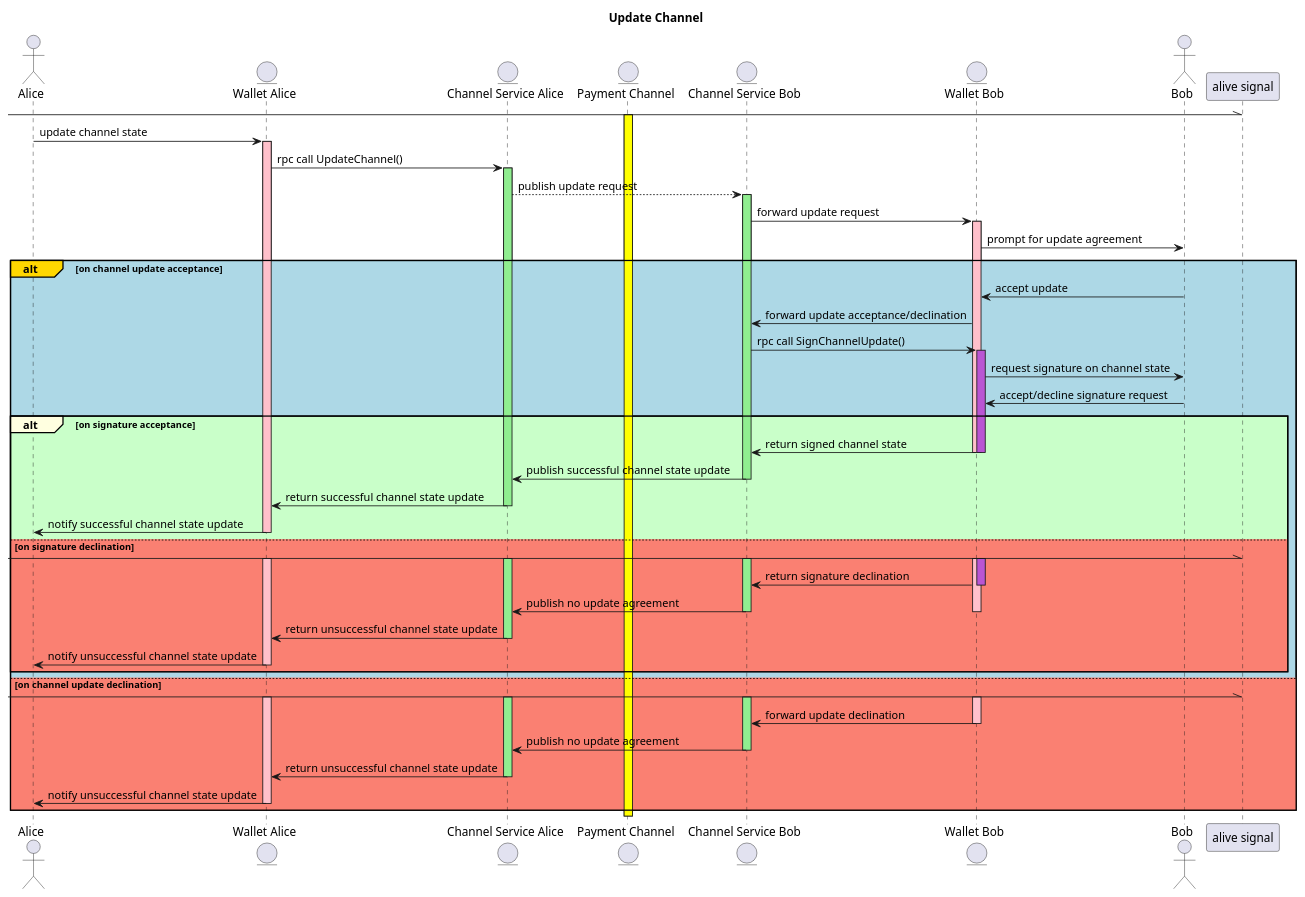
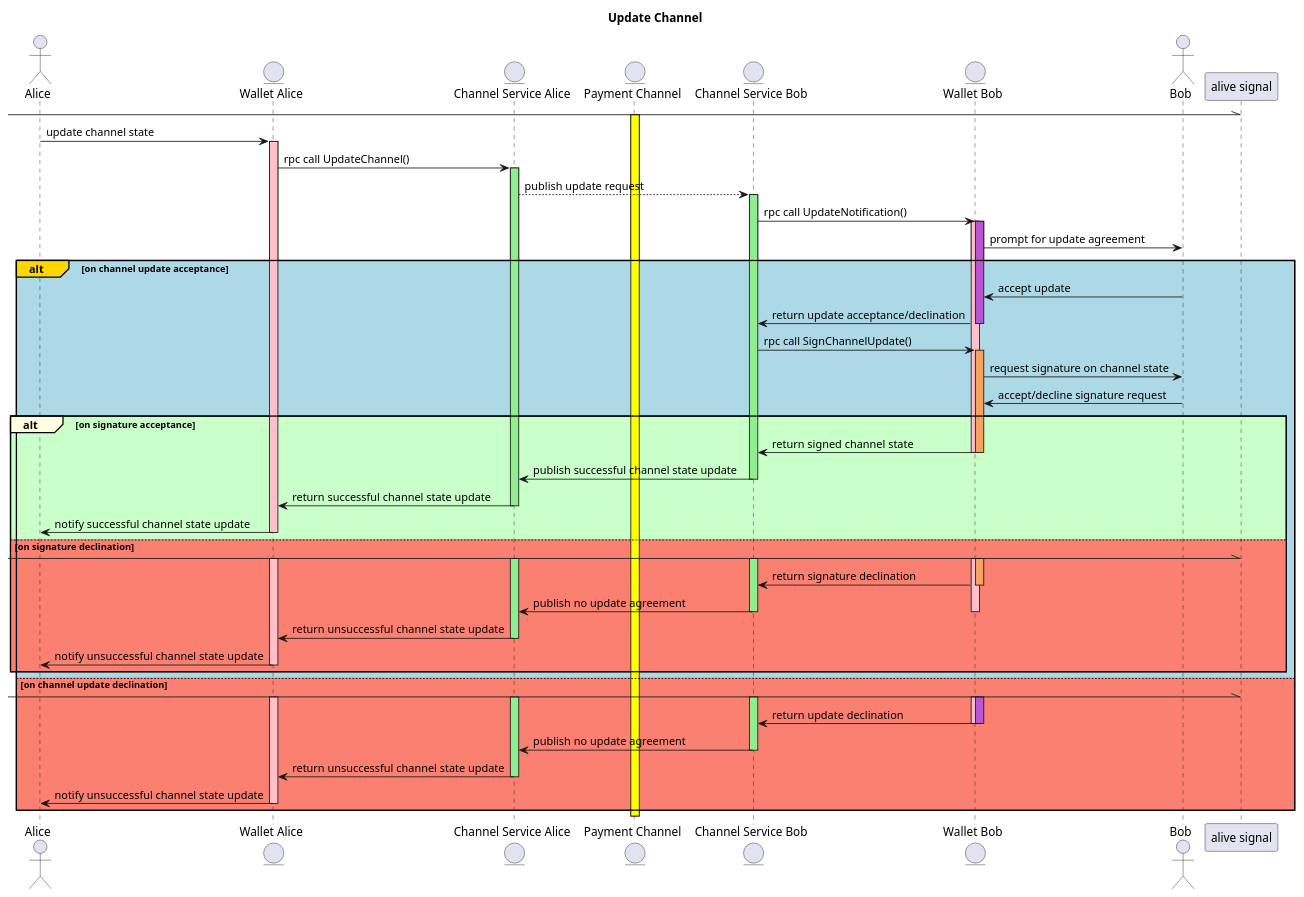
Before and after one commit to perun-network/perun-wallet-spec: the diagram in src/sequence-update.pu, drawn with PlantUML.

Commit message:
sequence: Update naming for rpc call lifelines

```diff
--- a/src/sequence-update.pu
+++ b/src/sequence-update.pu
@@ -1,76 +1,80 @@
 @startuml
 actor Alice as A
 entity "Wallet Alice" as WA
 entity "Channel Service Alice" as CSA
 entity "Payment Channel" as PC
 entity "Channel Service Bob" as CSB
 entity "Wallet Bob" as WB
 actor Bob as B
 
 title Update Channel
 
 [-\\ "alive signal"
 activate PC #yellow
 A -> WA : update channel state
 activate WA #pink
 WA -> CSA : rpc call UpdateChannel()
 activate CSA #lightgreen
 CSA --> CSB : publish update request
 activate CSB #lightgreen
-CSB -> WB : forward update request
+CSB -> WB : rpc call UpdateNotification()
 activate WB #pink
+activate WB #mediumorchid
 WB -> B : prompt for update agreement
 
 alt#gold #lightblue on channel update acceptance
   B -> WB : accept update
-  WB -> CSB : forward update acceptance/declination
+  WB -> CSB : return update acceptance/declination
+  deactivate WB
   CSB -> WB : rpc call SignChannelUpdate()
-  activate WB #mediumorchid
+  activate WB #sandybrown
   WB -> B : request signature on channel state
   B -> WB : accept/decline signature request
   alt#lightyellow #technology  on signature acceptance
     WB -> CSB : return signed channel state
     deactivate WB
     deactivate WB
     CSB -> CSA : publish successful channel state update
     deactivate CSB
     CSA -> WA : return successful channel state update
     deactivate CSA
     WA -> A : notify successful channel state update
     deactivate WA
   else #salmon on signature declination
     [-\\ "alive signal"
     activate WB #pink
-    activate WB #mediumorchid
+    activate WB #sandybrown
     activate WA #pink
     activate CSB #lightgreen
     activate CSA #lightgreen
     WB -> CSB : return signature declination
     deactivate WB
     CSB -> CSA : publish no update agreement
     deactivate CSB
     deactivate WB
     CSA -> WA : return unsuccessful channel state update
     deactivate CSA
     WA -> A : notify unsuccessful channel state update
     deactivate WA
   end
 else #salmon on channel update declination
   [-\\ "alive signal"
   activate WB #pink
+  activate WB #mediumorchid
   activate WA #pink
   activate CSB #lightgreen
   activate CSA #lightgreen
-  WB -> CSB : forward update declination
+  WB -> CSB : return update declination
+  deactivate WB
   deactivate WB
   CSB -> CSA : publish no update agreement
   deactivate CSB
   CSA -> WA : return unsuccessful channel state update
   deactivate CSA
   WA -> A : notify unsuccessful channel state update
   deactivate WA
 end
 deactivate PC
 
 
 @enduml
```
